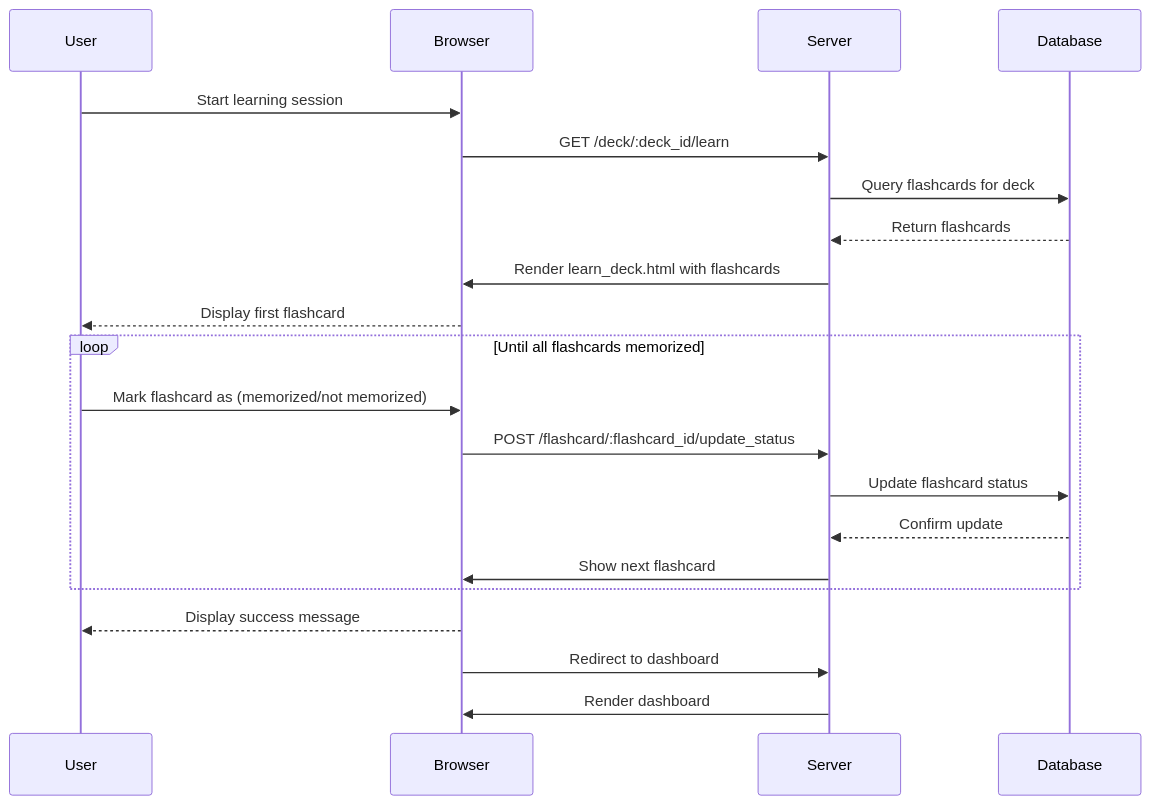
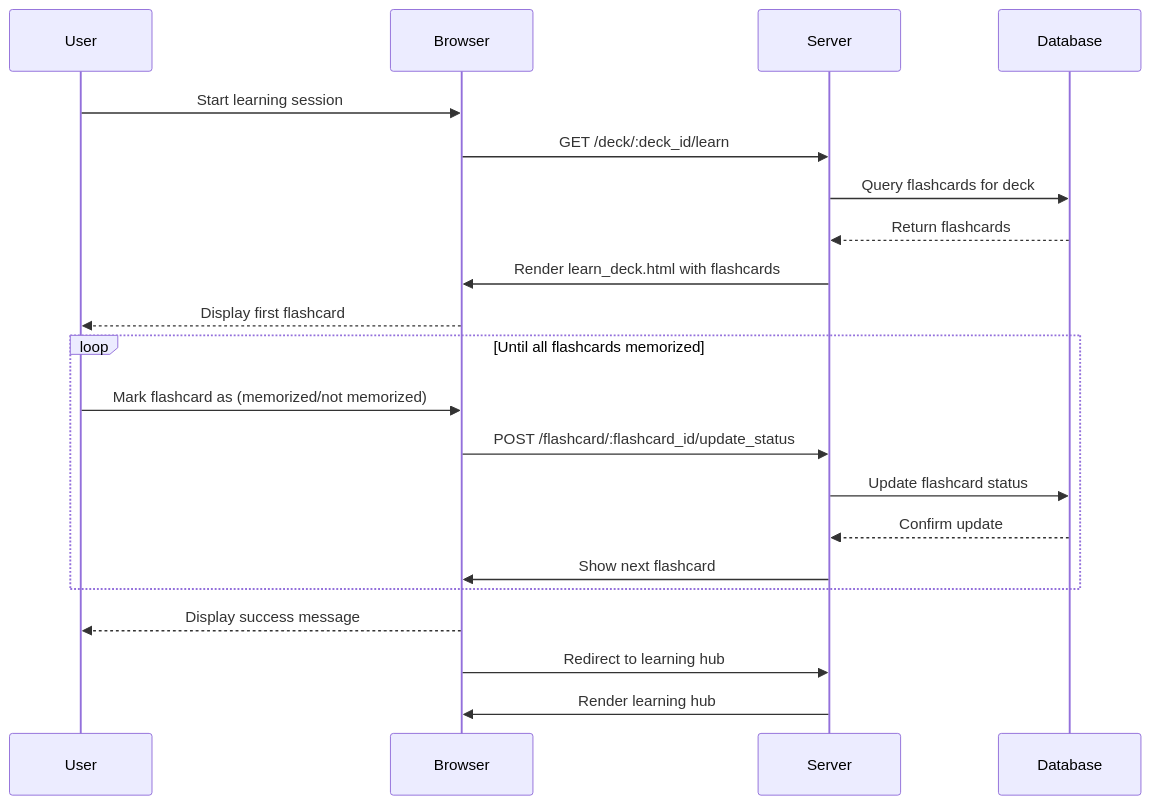
The fourth of 4 diagrams in docs/technical-docs/architecture.md (nadir-tabouni/Lumen), drawn with Mermaid before and after one commit. The commit also changed other lines of this file and 15 other files, not shown here.

Commit message:
improve UI ddd Logo switch Dashboard to learning hub

````diff
--- a/docs/technical-docs/architecture.md
+++ b/docs/technical-docs/architecture.md
@@ -172,26 +172,26 @@
 ```mermaid
 sequenceDiagram
     participant User
     participant Browser
     participant Server
     participant Database
 
     User ->> Browser: Start learning session
     Browser ->> Server: GET /deck/:deck_id/learn
     Server ->> Database: Query flashcards for deck
     Database -->> Server: Return flashcards
     Server ->> Browser: Render learn_deck.html with flashcards
     Browser -->> User: Display first flashcard
 
     loop Until all flashcards memorized
         User ->> Browser: Mark flashcard as (memorized/not memorized)
         Browser ->> Server: POST /flashcard/:flashcard_id/update_status
         Server ->> Database: Update flashcard status
         Database -->> Server: Confirm update
         Server ->> Browser: Show next flashcard
     end
 
     Browser -->> User: Display success message
-    Browser ->> Server: Redirect to dashboard
-    Server ->> Browser: Render dashboard
+    Browser ->> Server: Redirect to learning hub
+    Server ->> Browser: Render learning hub
 ```
````
